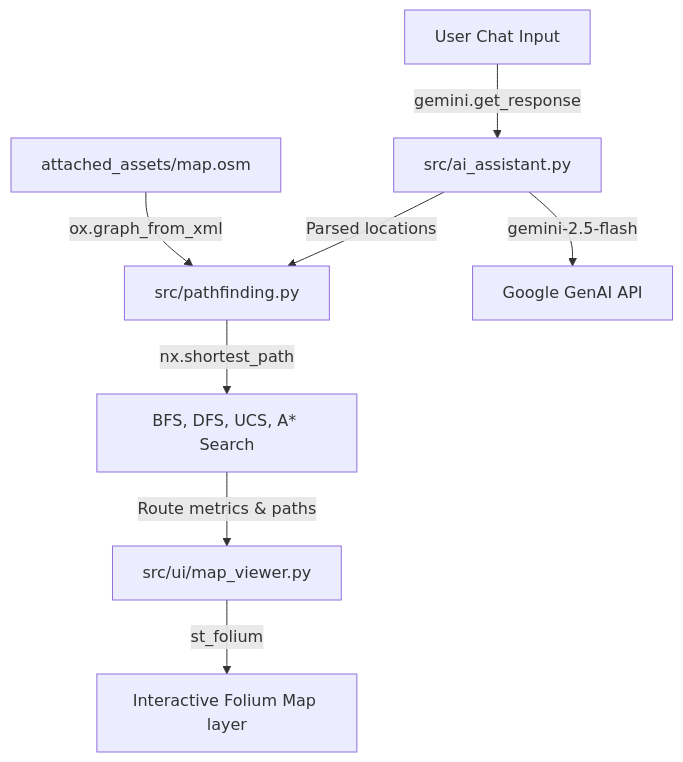
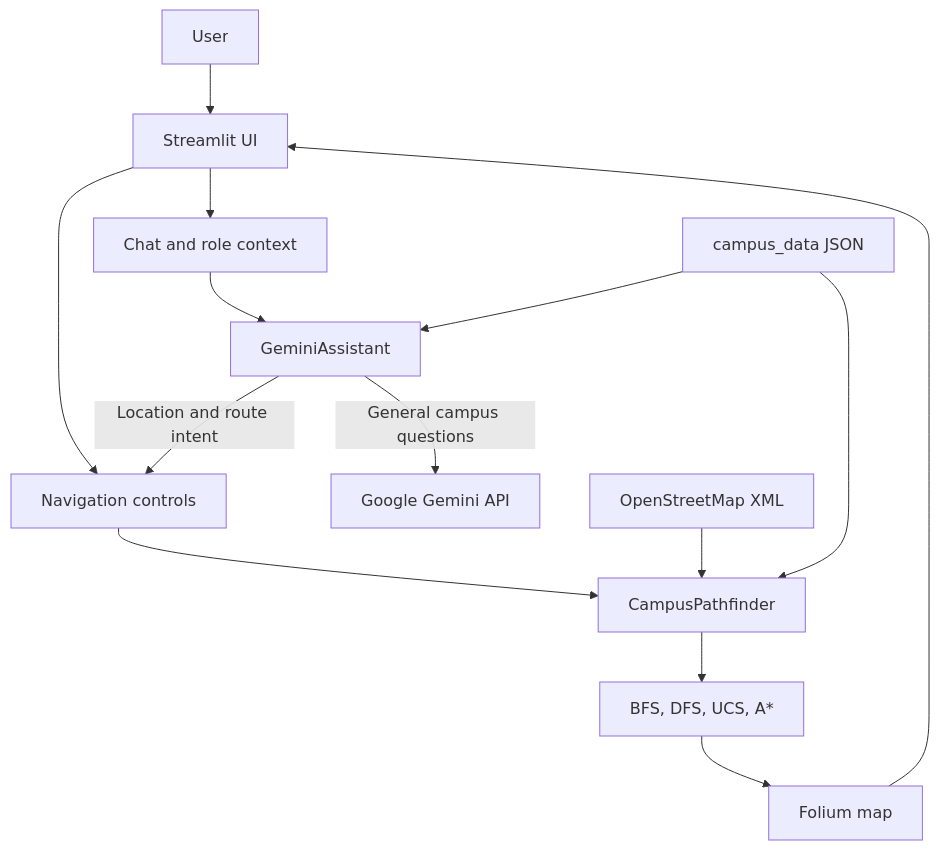
One commit to jothikrishna1709-coder/CampusAI changed the diagram in README.md. Above: the diagram before and after it, drawn with Mermaid. The commit also changed other lines of this file and 3 other files, not shown here.

````diff
--- a/README.md
+++ b/README.md
@@ -67,10 +52,16 @@
 ```mermaid
 graph TD
-    OSM[attached_assets/map.osm] -->|ox.graph_from_xml| Pathfinder[src/pathfinding.py]
-    UserQuery[User Chat Input] -->|gemini.get_response| AI[src/ai_assistant.py]
-    AI -->|gemini-2.5-flash| GoogleAI[Google GenAI API]
-    AI -->|Parsed locations| Pathfinder
-    Pathfinder -->|nx.shortest_path| Algos[BFS, DFS, UCS, A* Search]
-    Algos -->|Route metrics & paths| View[src/ui/map_viewer.py]
-    View -->|st_folium| Map[Interactive Folium Map layer]
+    User[User] --> UI[Streamlit UI]
+    UI --> Chat[Chat and role context]
+    UI --> Nav[Navigation controls]
+    Chat --> Assistant[GeminiAssistant]
+    Assistant -->|General campus questions| Gemini[Google Gemini API]
+    Assistant -->|Location and route intent| Nav
+    Nav --> Pathfinder[CampusPathfinder]
+    OSM[OpenStreetMap XML] --> Pathfinder
+    Data[campus_data JSON] --> Assistant
+    Data --> Pathfinder
+    Pathfinder --> Algorithms[BFS, DFS, UCS, A*]
+    Algorithms --> Folium[Folium map]
+    Folium --> UI
 ```
````
